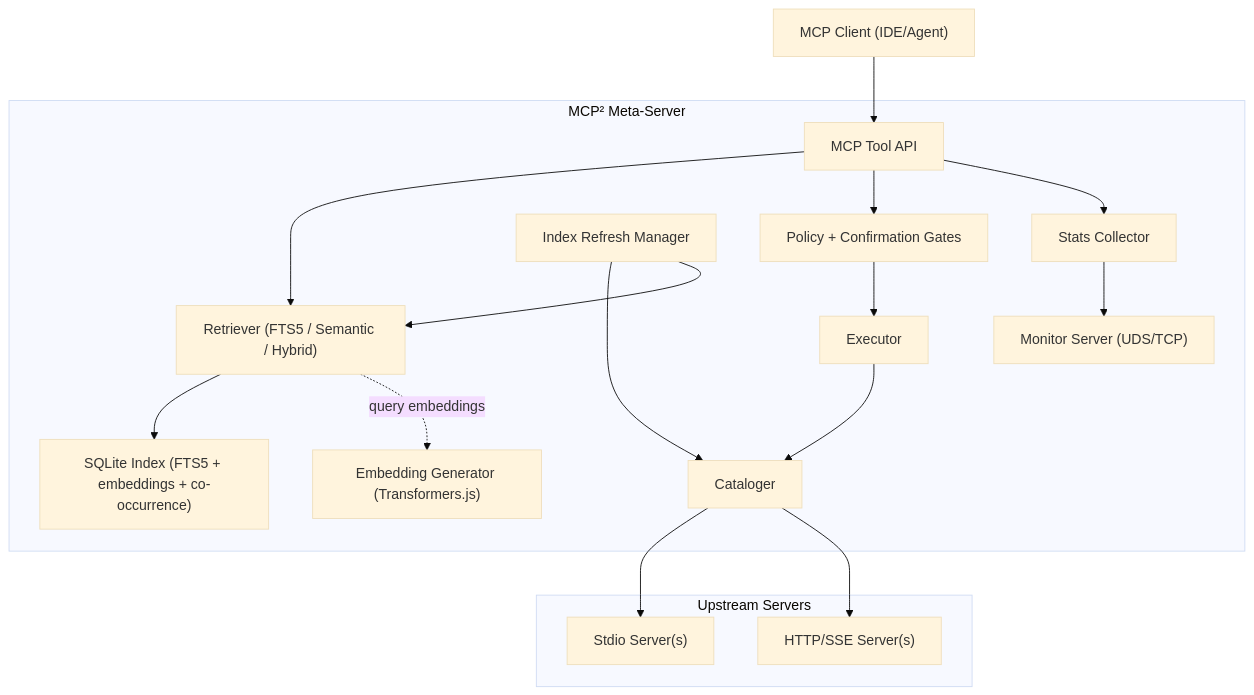
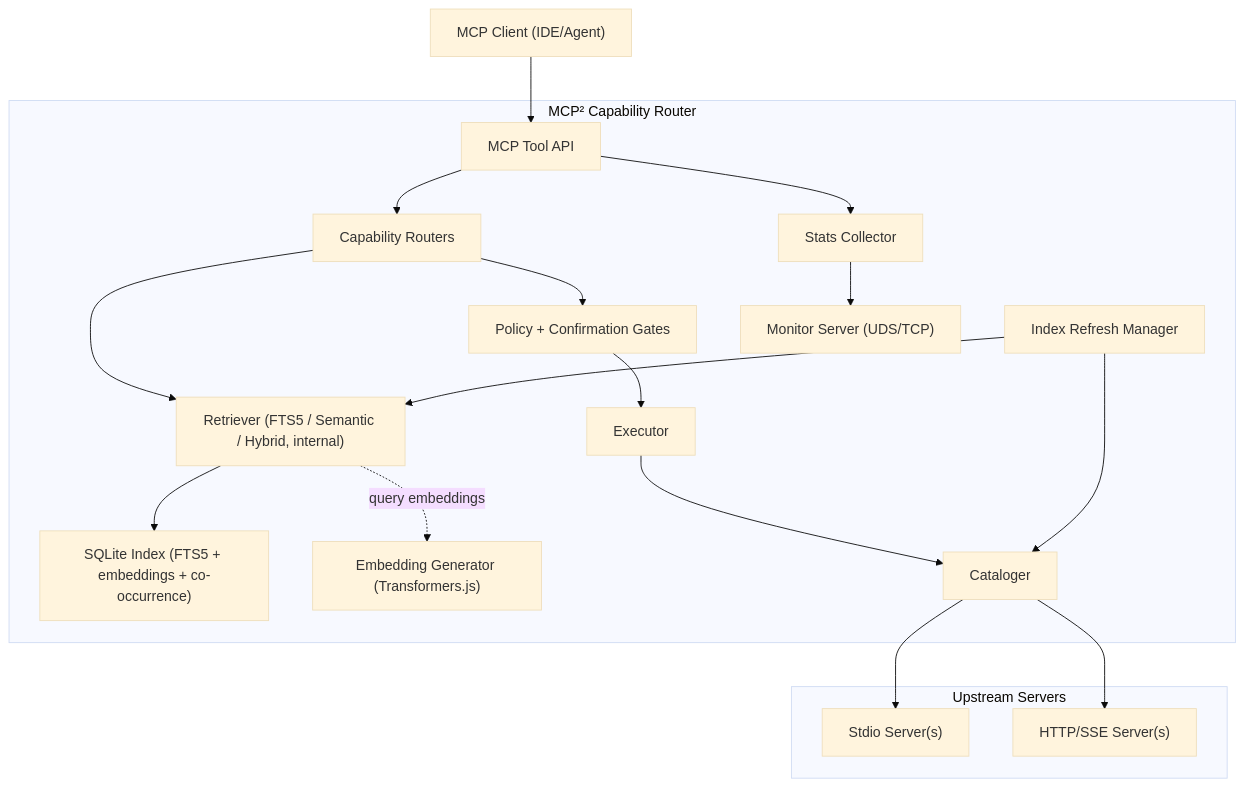
Before and after one commit to aditzel/mcp-squared: the diagram in docs/ARCHITECTURE.md, drawn with Mermaid (base theme). The commit also changed other lines of this file and 27 other files, not shown here.

First line of the commit message:
feat: add capability-first routing with hybrid semantic inference

````diff
--- a/docs/ARCHITECTURE.md
+++ b/docs/ARCHITECTURE.md
@@ -5,36 +5,38 @@
 ```mermaid
 graph TD
     Client["MCP Client (IDE/Agent)"]
 
-    subgraph "MCP² Meta-Server"
+    subgraph "MCP² Capability Router"
         API["MCP Tool API"]
         Security["Policy + Confirmation Gates"]
-        Retriever["Retriever (FTS5 / Semantic / Hybrid)"]
+        Router["Capability Routers"]
+        Retriever["Retriever (FTS5 / Semantic / Hybrid, internal)"]
         Index["SQLite Index (FTS5 + embeddings + co-occurrence)"]
         Embeddings["Embedding Generator (Transformers.js)"]
         Executor["Executor"]
         Cataloger["Cataloger"]
         Refresh["Index Refresh Manager"]
         Stats["Stats Collector"]
         Monitor["Monitor Server (UDS/TCP)"]
     end
 
     subgraph "Upstream Servers"
         S1["Stdio Server(s)"]
         S2["HTTP/SSE Server(s)"]
     end
 
     Client --> API
-    API --> Retriever
+    API --> Router
+    Router --> Retriever
     Retriever --> Index
     Retriever -. "query embeddings" .-> Embeddings
-    API --> Security
+    Router --> Security
     Security --> Executor
     Executor --> Cataloger
     Cataloger --> S1
     Cataloger --> S2
     Refresh --> Cataloger
     Refresh --> Retriever
     API --> Stats
     Stats --> Monitor
 ```
````
